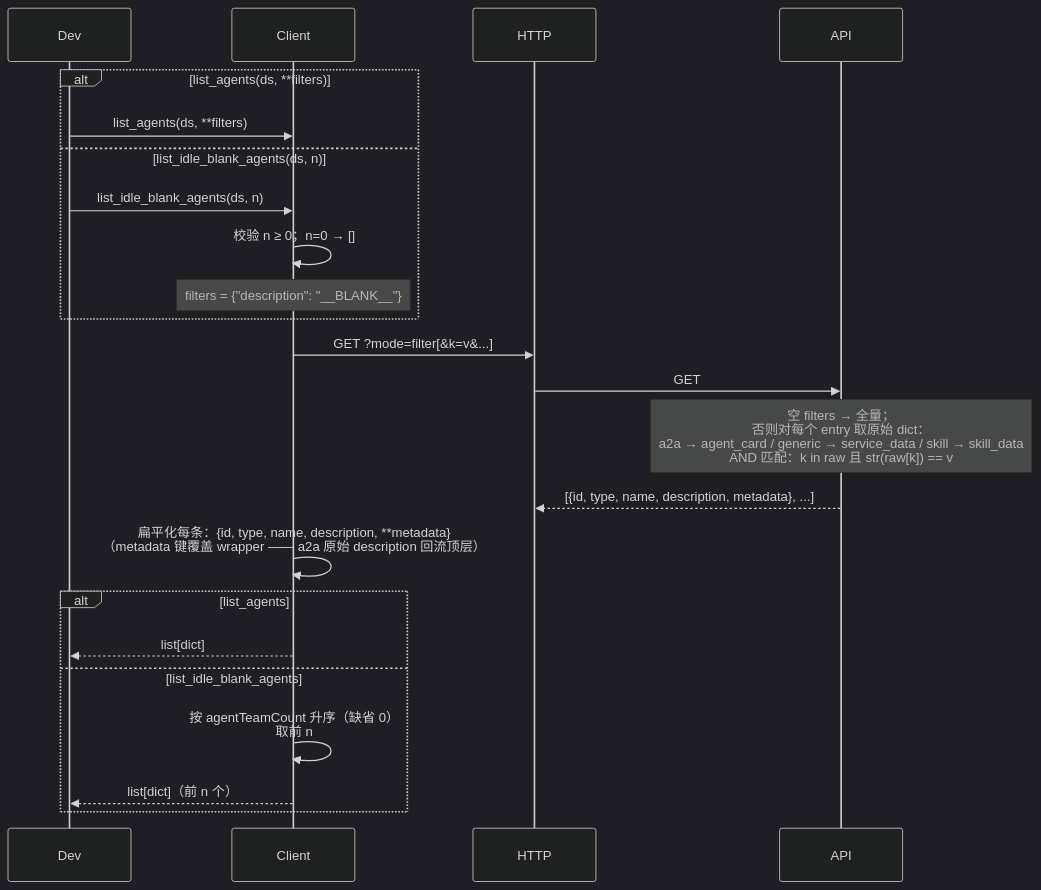
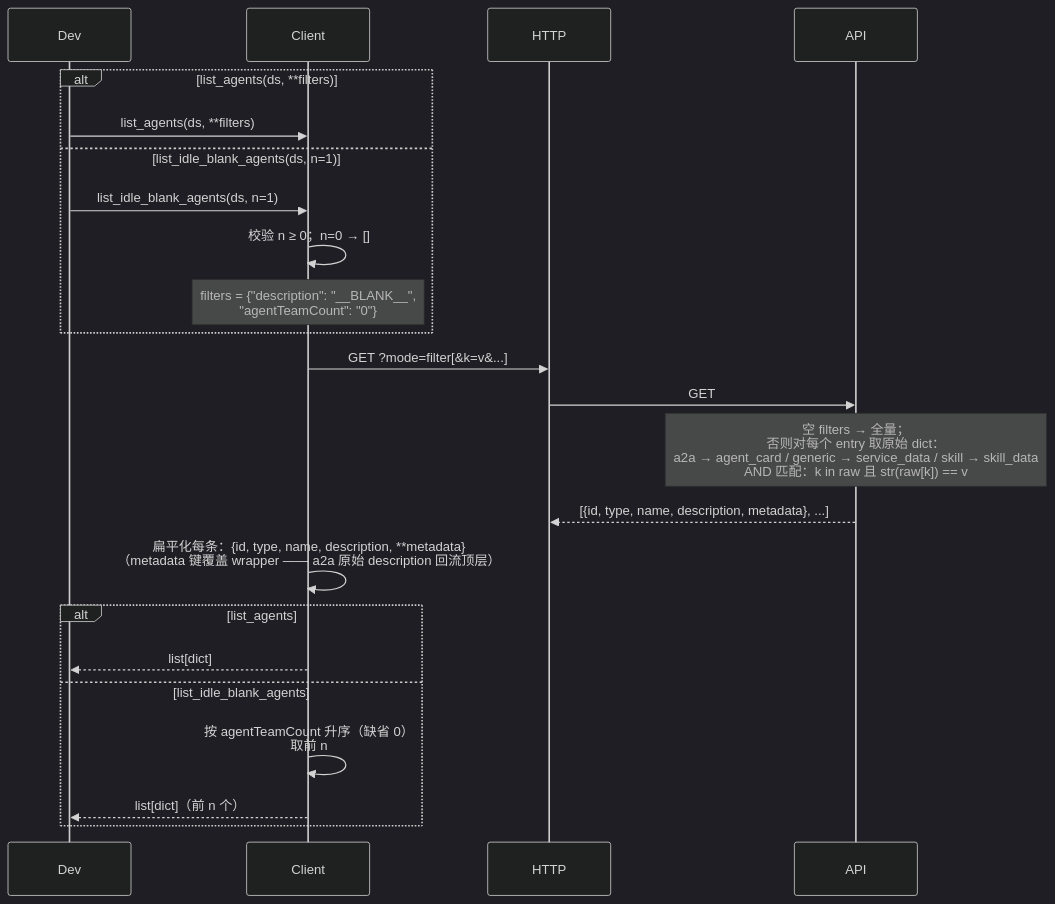
Before and after one commit to Weizheng96/A2X-registry: the sixth of 6 diagrams in docs/client_design.md, drawn with Mermaid (dark theme). The commit also changed other lines of this file and 6 other files, not shown here.

First line of the commit message:
feat: list_idle_blank_agents default n=1 + replace_agent_card endpoint auto-fill

````diff
--- a/docs/client_design.md
+++ b/docs/client_design.md
@@ -589,26 +609,26 @@
 ```mermaid
 sequenceDiagram
     participant Dev
     participant Client
     participant HTTP
     participant API
 
     alt list_agents(ds, **filters)
         Dev->>Client: list_agents(ds, **filters)
-    else list_idle_blank_agents(ds, n)
-        Dev->>Client: list_idle_blank_agents(ds, n)
+    else list_idle_blank_agents(ds, n=1)
+        Dev->>Client: list_idle_blank_agents(ds, n=1)
         Client->>Client: 校验 n ≥ 0；n=0 → []
-        Note over Client: filters = {"description": "__BLANK__"}
+        Note over Client: filters = {"description": "__BLANK__",<br/>"agentTeamCount": "0"}
     end
     Client->>HTTP: GET ?mode=filter[&k=v&...]
     HTTP->>API: GET
     Note over API: 空 filters → 全量；<br/>否则对每个 entry 取原始 dict：<br/>a2a → agent_card / generic → service_data / skill → skill_data<br/>AND 匹配：k in raw 且 str(raw[k]) == v
     API-->>HTTP: [{id, type, name, description, metadata}, ...]
     Client->>Client: 扁平化每条：{id, type, name, description, **metadata}<br/>（metadata 键覆盖 wrapper —— a2a 原始 description 回流顶层）
     alt list_agents
         Client-->>Dev: list[dict]
     else list_idle_blank_agents
         Client->>Client: 按 agentTeamCount 升序（缺省 0）<br/>取前 n
         Client-->>Dev: list[dict]（前 n 个）
     end
 ```
````
